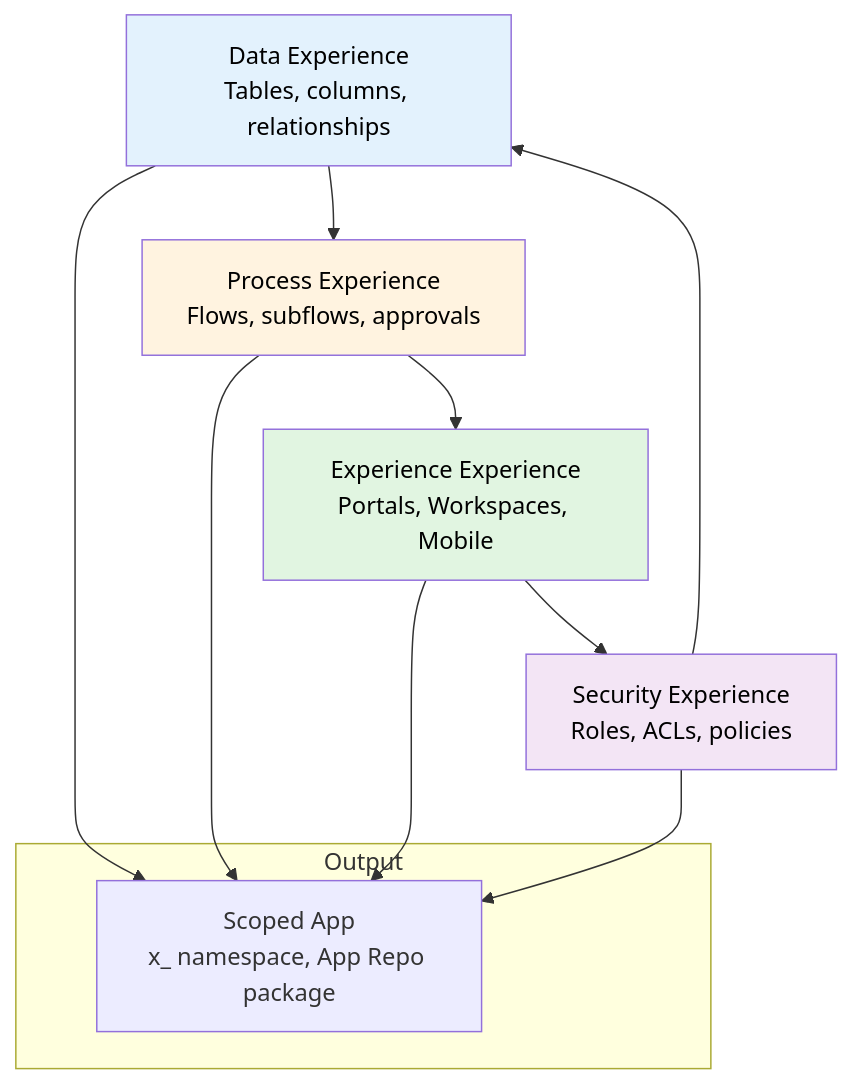
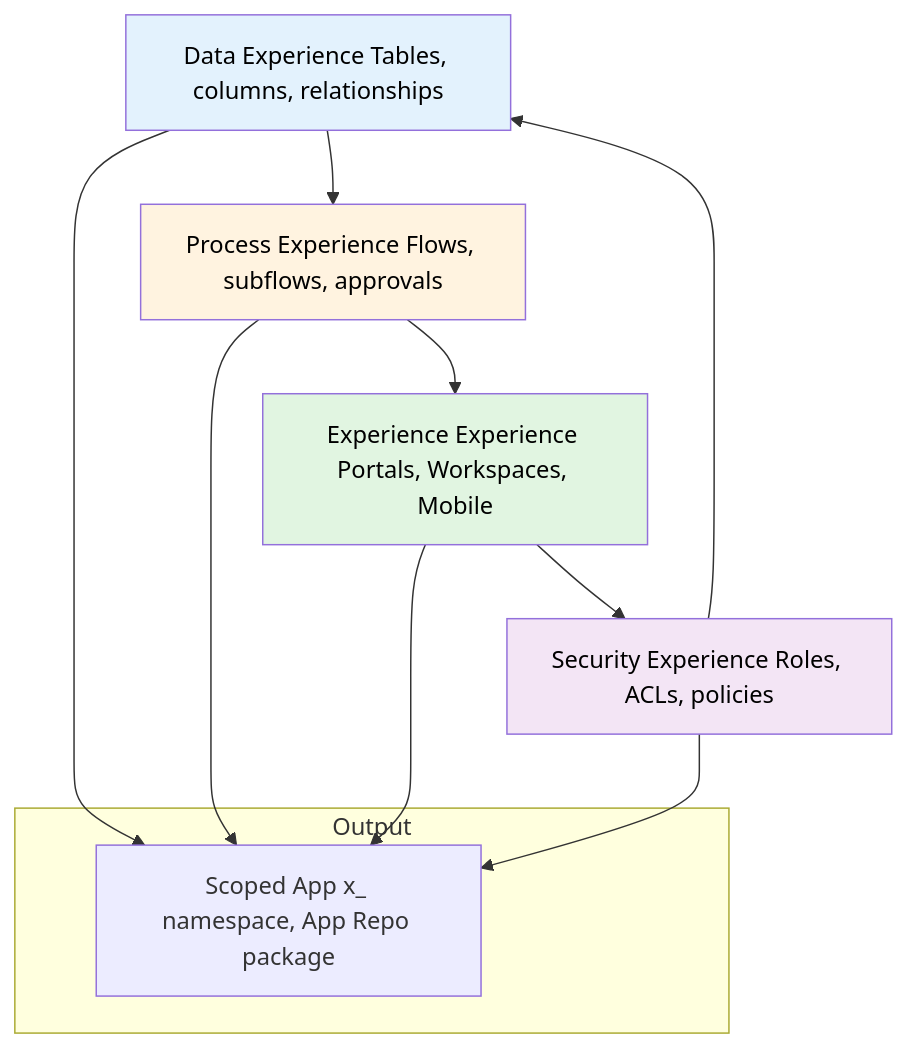
One commit to eltonaguiar/ServiceNow_Learning_TSOM-_CSM_FSM_SalesCRM_HAM_ITSM changed the first of 5 diagrams in docs/modules/app-engine/app-engine-guide.md. Above: the diagram before and after it, drawn with Mermaid. The commit also changed other lines of this file and 11 other files, not shown here.

First line of the commit message:
Fix all mermaid diagrams: remove br/ tags that break rendering on GitHub Pages

````diff
--- a/docs/modules/app-engine/app-engine-guide.md
+++ b/docs/modules/app-engine/app-engine-guide.md
@@ -187,21 +187,21 @@
 ```mermaid
 graph TD
-    D[Data Experience<br/>Tables, columns, relationships] --> P[Process Experience<br/>Flows, subflows, approvals]
-    P --> E[Experience Experience<br/>Portals, Workspaces, Mobile]
-    E --> S[Security Experience<br/>Roles, ACLs, policies]
+    D[Data Experience Tables, columns, relationships] --> P[Process Experience Flows, subflows, approvals]
+    P --> E[Experience Experience Portals, Workspaces, Mobile]
+    E --> S[Security Experience Roles, ACLs, policies]
     S --> D
 
     subgraph Output
-        O[Scoped App<br/>x_ namespace, App Repo package]
+        O[Scoped App x_ namespace, App Repo package]
     end
 
     D --> O
     P --> O
     E --> O
     S --> O
 
     style D fill:#e3f2fd,color:#000
     style P fill:#fff3e0,color:#000
     style E fill:#e1f5e1,color:#000
     style S fill:#f3e5f5,color:#000
 ```
````
